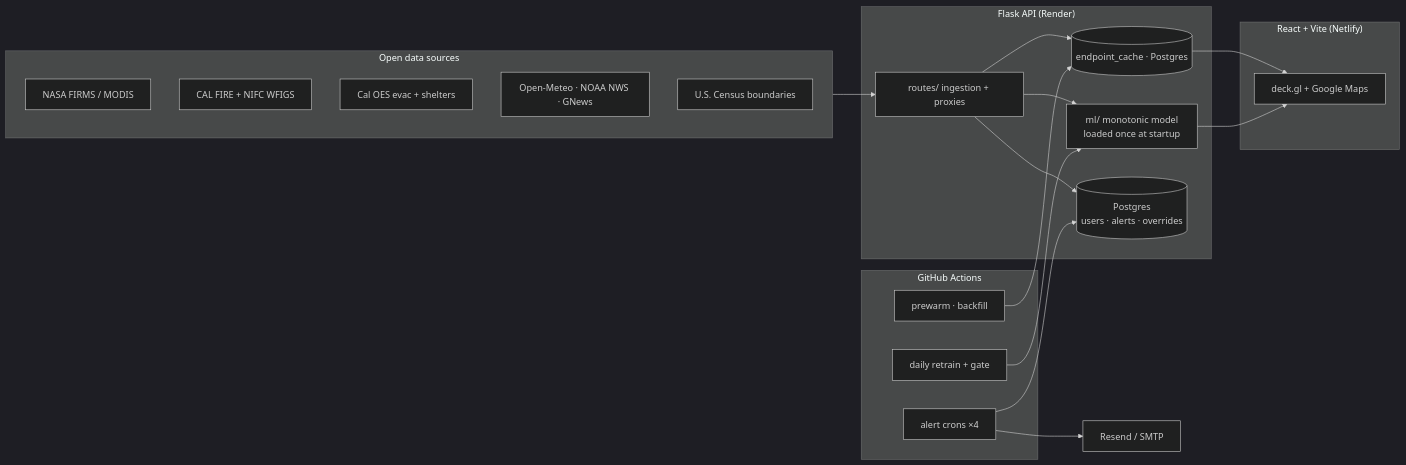
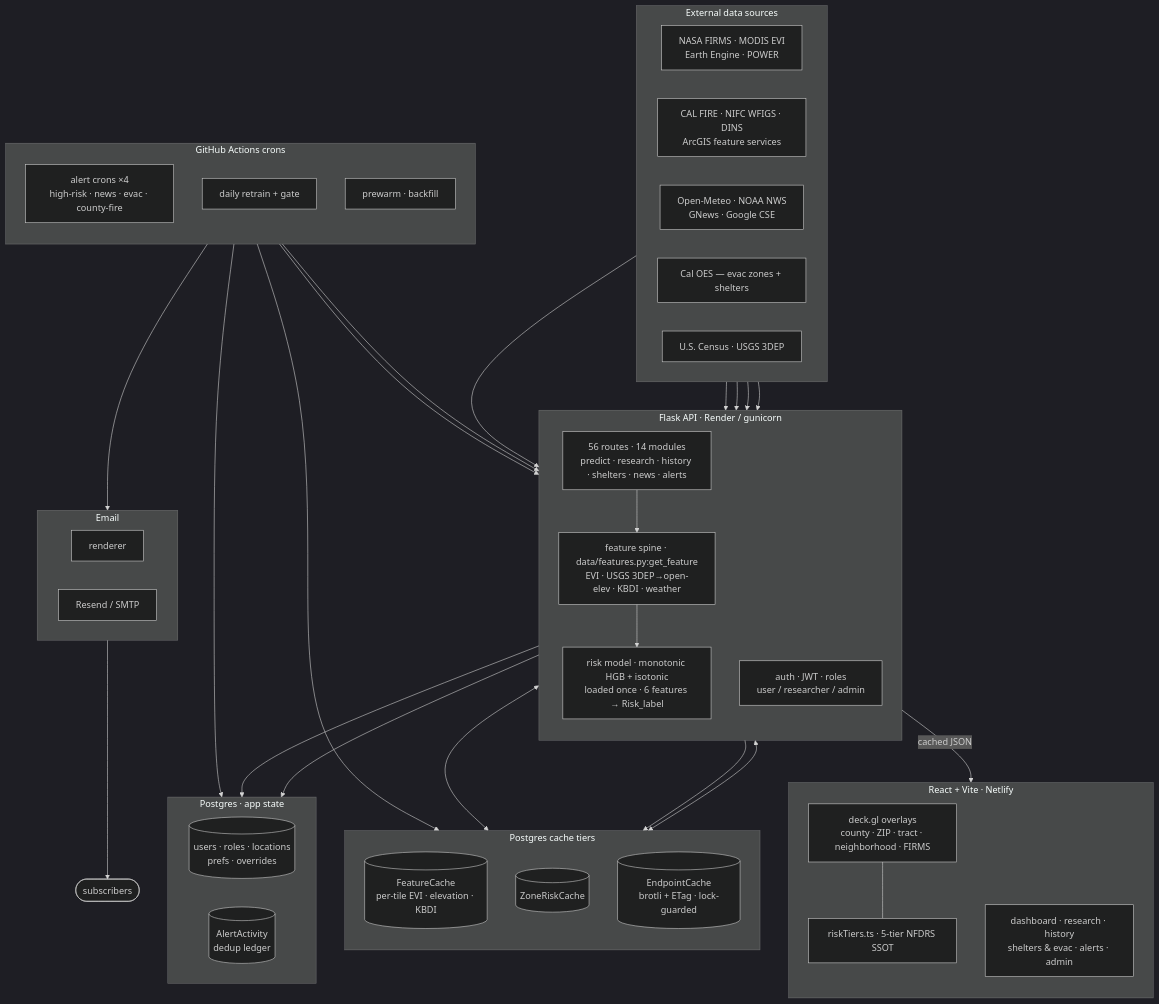
The first of 3 diagrams in docs/ARCHITECTURE.md (CSUN-ARCS-GeoInfoVisualization/geo-info-data-visualization-project), drawn with Mermaid (dark theme) before and after one commit. The commit also changed other lines of this file and 1 other file, not shown here.

First line of the commit message:
docs: graph-audited architecture diagrams (layered system, request lifecycle, retrain loop)

````diff
--- a/docs/ARCHITECTURE.md
+++ b/docs/ARCHITECTURE.md
@@ -9,37 +12,67 @@
 ```mermaid
-flowchart LR
-    subgraph Sources["Open data sources"]
-        FIRMS[NASA FIRMS / MODIS]
-        CALFIRE[CAL FIRE + NIFC WFIGS]
-        CALOES[Cal OES evac + shelters]
-        WX[Open-Meteo · NOAA NWS · GNews]
-        CENSUS[U.S. Census boundaries]
+flowchart TB
+    subgraph SRC[" External data sources "]
+        direction LR
+        SAT["NASA FIRMS · MODIS EVI<br/>Earth Engine · POWER"]
+        FIRE["CAL FIRE · NIFC WFIGS · DINS<br/>ArcGIS feature services"]
+        WX["Open-Meteo · NOAA NWS<br/>GNews · Google CSE"]
+        EMS["Cal OES — evac zones + shelters"]
+        CEN["U.S. Census · USGS 3DEP"]
     end
 
-    subgraph Backend["Flask API (Render)"]
-        ROUTES[routes/ ingestion + proxies]
-        CACHE[(endpoint_cache · Postgres)]
-        ML[ml/ monotonic model<br/>loaded once at startup]
-        DB[(Postgres<br/>users · alerts · overrides)]
+    subgraph BE[" Flask API · Render / gunicorn "]
+        direction TB
+        ING["56 routes · 14 modules<br/>predict · research · history · shelters · news · alerts"]
+        AUTHN["auth · JWT · roles<br/>user / researcher / admin"]
+        FEAT["feature spine · data/features.py:get_feature<br/>EVI · USGS 3DEP→open-elev · KBDI · weather"]
+        INF["risk model · monotonic HGB + isotonic<br/>loaded once · 6 features → Risk_label"]
     end
 
-    subgraph Frontend["React + Vite (Netlify)"]
-        MAPS[deck.gl + Google Maps]
+    subgraph CA[" Postgres cache tiers "]
+        direction TB
+        FCA[("FeatureCache<br/>per-tile EVI · elevation · KBDI")]
+        ZRC[("ZoneRiskCache")]
+        EC[("EndpointCache<br/>brotli + ETag · lock-guarded")]
     end
 
-    subgraph Crons["GitHub Actions"]
-        ALERTS[alert crons ×4]
-        RETRAIN[daily retrain + gate]
-        WARM[prewarm · backfill]
+    subgraph ST[" Postgres · app state "]
+        direction LR
+        USR[("users · roles · locations<br/>prefs · overrides")]
+        ACT[("AlertActivity<br/>dedup ledger")]
     end
 
-    Sources --> ROUTES --> CACHE
-    ROUTES --> ML
-    ROUTES --> DB
-    CACHE --> MAPS
-    ML --> MAPS
-    ALERTS --> DB
-    ALERTS --> EMAIL[Resend / SMTP]
-    RETRAIN --> ML
-    WARM --> CACHE
+    subgraph FE[" React + Vite · Netlify "]
+        direction TB
+        OV["deck.gl overlays<br/>county · ZIP · tract · neighborhood · FIRMS"]
+        PG["dashboard · research · history<br/>shelters & evac · alerts · admin"]
+        TI["riskTiers.ts · 5-tier NFDRS SSOT"]
+    end
+
+    subgraph JOBS[" GitHub Actions crons "]
+        direction TB
+        AL["alert crons ×4<br/>high-risk · news · evac · county-fire"]
+        RTR["daily retrain + gate"]
+        PW["prewarm · backfill"]
+    end
+
+    subgraph MAILP[" Email "]
+        direction LR
+        RN["renderer"]
+        PV["Resend / SMTP"]
+    end
+
+    SAT & FIRE & WX & EMS & CEN --> ING
+    ING --> FEAT --> INF
+    FEAT <--> FCA
+    INF --> ZRC
+    ING <--> EC
+    AUTHN --> USR
+    ING --> ST
+    BE -->|"cached JSON"| FE
+    OV --- TI
+    AL --> ING
+    AL --> ACT
+    AL --> MAILP --> SUB(["subscribers"])
+    RTR --> INF
+    PW --> CA
 ```
````
